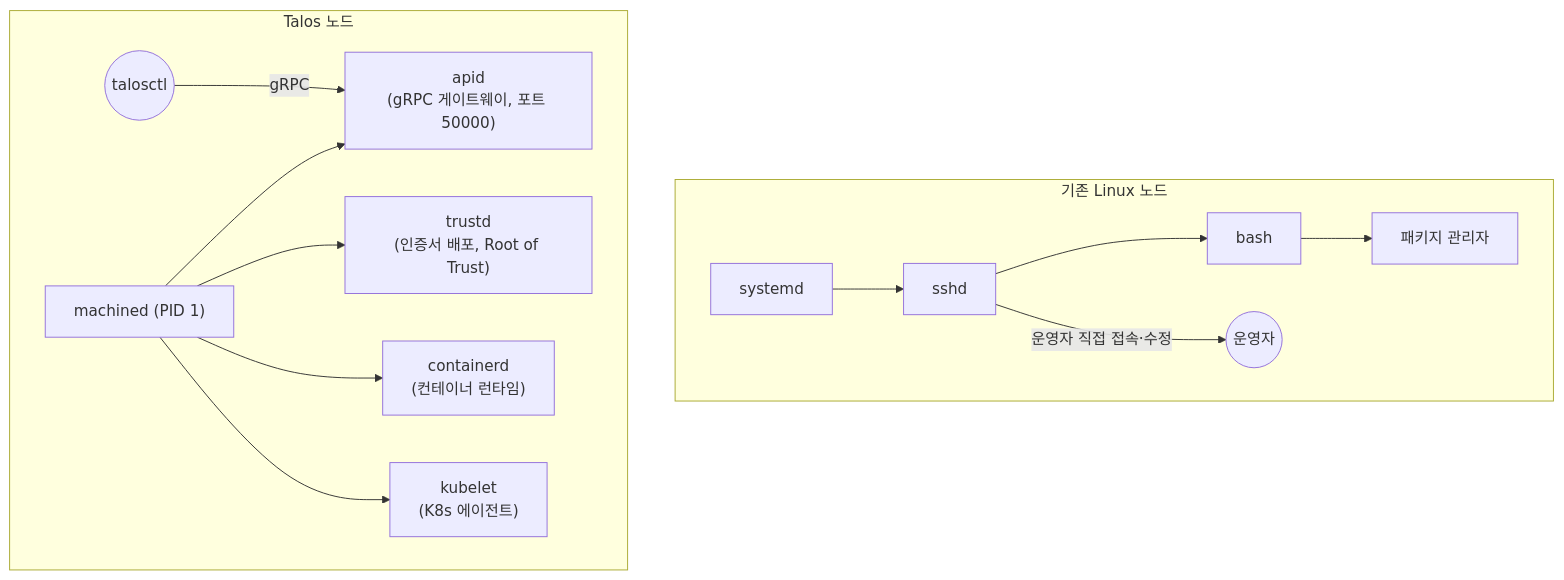
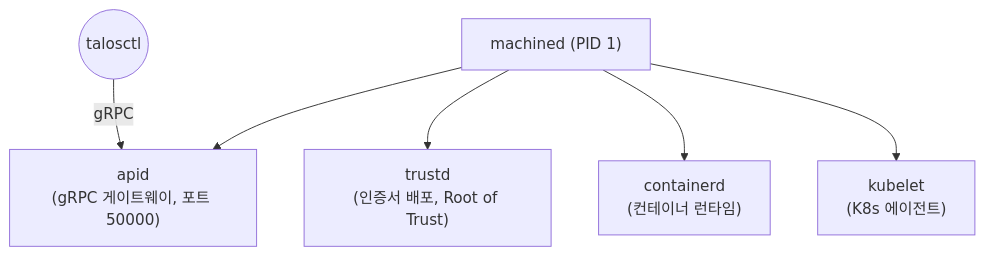
One commit to moonblueblue/devops-wiki changed the third of 4 diagrams in content/linux/distro-basics/immutable-os.md. Above: the diagram before and after it, drawn with Mermaid. The commit also changed other lines of this file and 3 other files, not shown here.

First line of the commit message:
style: 섹션1 배포판과 기초 다이어그램 정비 및 노드 규칙 14개로 변경

````diff
--- a/content/linux/distro-basics/immutable-os.md
+++ b/content/linux/distro-basics/immutable-os.md
@@ -197,18 +209,9 @@
 ```mermaid
 graph TD
-    subgraph traditional["기존 Linux 노드"]
-        T1[systemd] --> T2[sshd]
-        T2 --> T3[bash]
-        T3 --> T4[패키지 관리자]
-        T2 -->|"운영자 직접 접속·수정"| T5((운영자))
-    end
-
-    subgraph talos["Talos 노드"]
-        M["machined (PID 1)"]
-        M --> AP["apid\n(gRPC 게이트웨이, 포트 50000)"]
-        M --> TR["trustd\n(인증서 배포, Root of Trust)"]
-        M --> CT["containerd\n(컨테이너 런타임)"]
-        M --> KB["kubelet\n(K8s 에이전트)"]
-        TC((talosctl)) -->|"gRPC"| AP
-    end
+    M["machined (PID 1)"]
+    M --> AP["apid\n(gRPC 게이트웨이, 포트 50000)"]
+    M --> TR["trustd\n(인증서 배포, Root of Trust)"]
+    M --> CT["containerd\n(컨테이너 런타임)"]
+    M --> KB["kubelet\n(K8s 에이전트)"]
+    TC((talosctl)) -->|"gRPC"| AP
 ```
````
